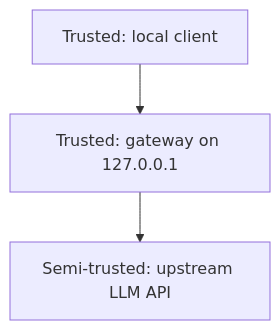
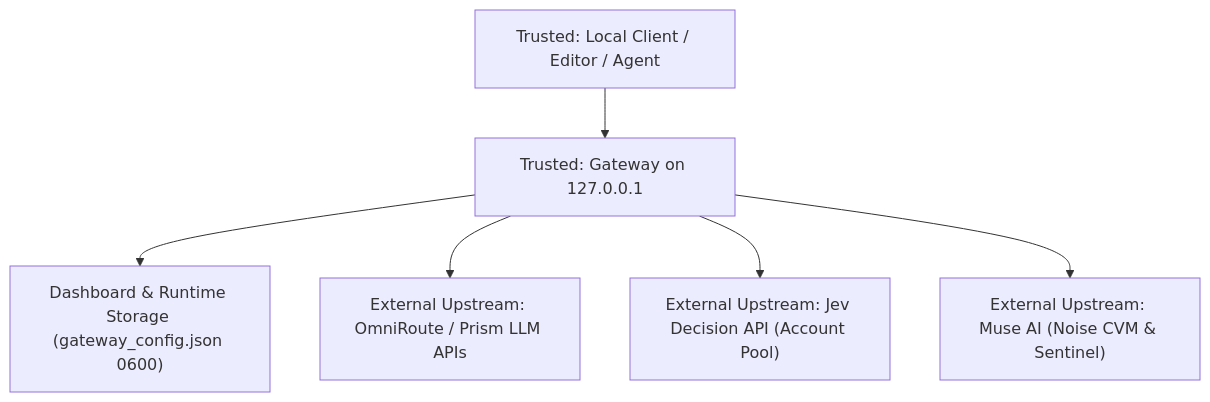
Before and after one commit to giauphan/toolcase-gateway: the diagram in docs/SECURITY_MODEL.md, drawn with Mermaid. The commit also changed other lines of this file and 9 other files, not shown here.

````diff
--- a/docs/SECURITY_MODEL.md
+++ b/docs/SECURITY_MODEL.md
@@ -8,5 +8,8 @@
 ```mermaid
 graph TD
-    A[Trusted: local client] --> B[Trusted: gateway on 127.0.0.1]
-    B --> C[Semi-trusted: upstream LLM API]
+    A["Trusted: Local Client / Editor / Agent"] --> B["Trusted: Gateway on 127.0.0.1"]
+    B --> C["Dashboard & Runtime Storage (gateway_config.json 0600)"]
+    B --> D["External Upstream: OmniRoute / Prism LLM APIs"]
+    B --> E["External Upstream: Jev Decision API (Account Pool)"]
+    B --> F["External Upstream: Muse AI (Noise CVM & Sentinel)"]
 ```
````
